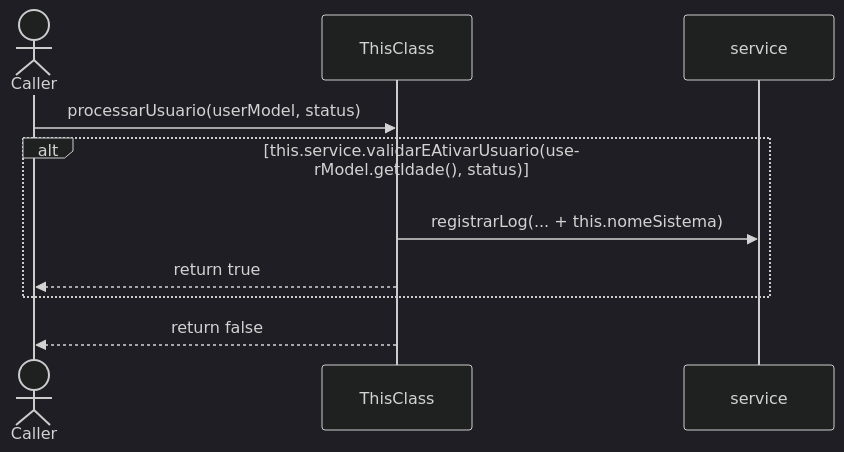
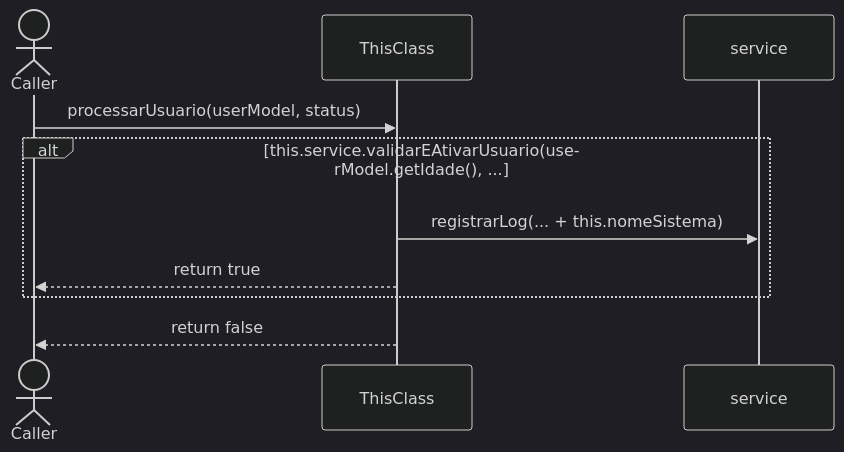
The third of 3 diagrams in docs/UsuarioController.md (FelipeMCassiano/geanky), drawn with Mermaid (dark theme) before and after one commit. The commit also changed 4 other files, not shown here.

````diff
--- a/docs/UsuarioController.md
+++ b/docs/UsuarioController.md
@@ -109,14 +109,14 @@
 ```mermaid
 sequenceDiagram
     actor Caller
     participant ThisClass
 
     Caller->>ThisClass: processarUsuario(userModel, status)
-    alt this.service.validarEAtivarUsuario(userModel.getIdade(), status)
+    alt this.service.validarEAtivarUsuario(userModel.getIdade(), ...
     participant service
     ThisClass->>service: registrarLog(... + this.nomeSistema)
     ThisClass-->>Caller: return true
     end
     ThisClass-->>Caller: return false
 
 ```
````
